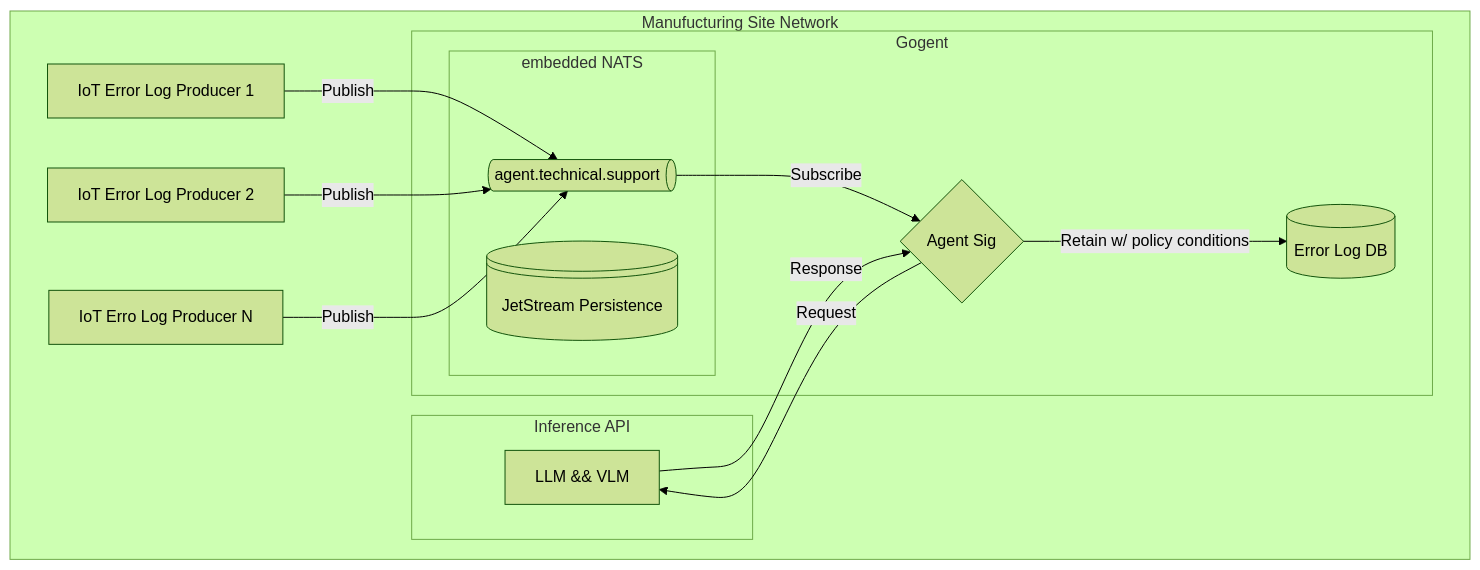
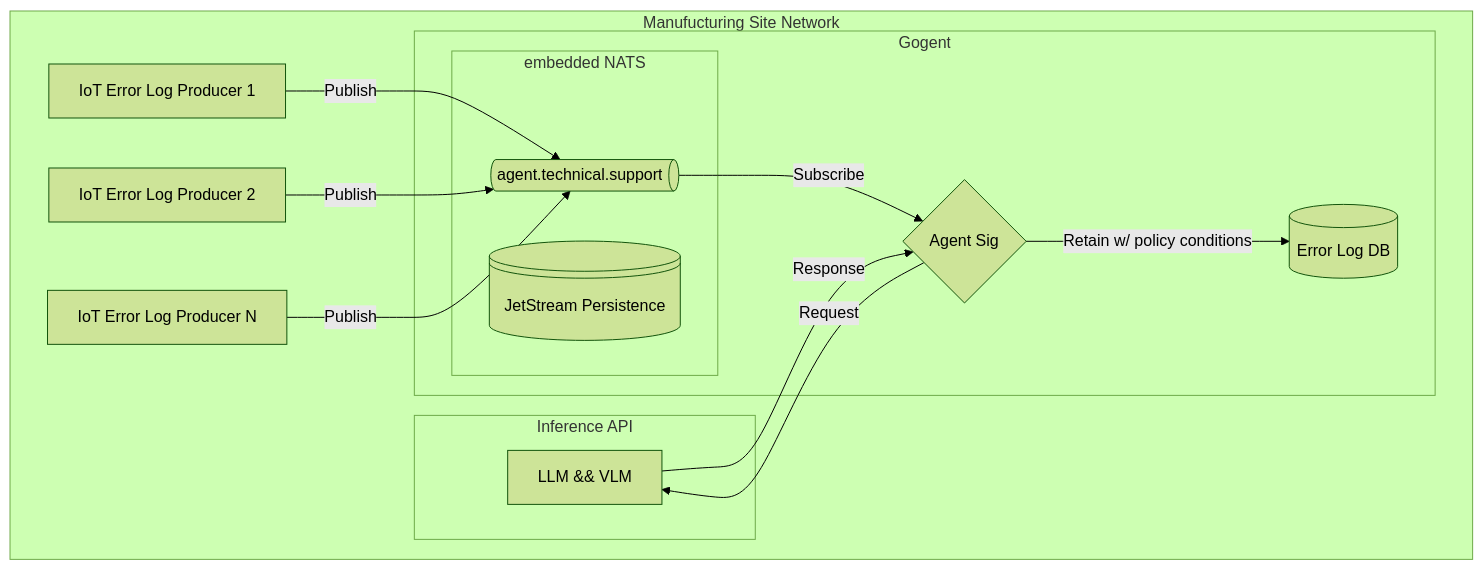
One commit to tobalo/gogent changed the diagram in README.md. Above: the diagram before and after it, drawn with Mermaid (forest theme).

Commit message:
design: add edge network box

````diff
--- a/README.md
+++ b/README.md
@@ -14,21 +14,21 @@
 ```mermaid
 flowchart
 subgraph Manufucturing Site Network
     S[IoT Error Log Producer 1] -->|Publish| Z
     T[IoT Error Log Producer 2] -->|Publish| Z
-    Y[IoT Erro Log Producer N] -->|Publish| Z
+    Y[IoT Error Log Producer N] -->|Publish| Z
     subgraph Gogent
         subgraph embedded NATS
             Z@{ shape: das, label: "agent.technical.support" }
             U@{ shape: lin-cyl, label: "JetStream Persistence" }
         end
         Z -->|Subscribe| A{Agent Sig}
         E[(Error Log DB)]
         A --> |Retain w/ policy conditions| E
     end
     subgraph Inference API
         A -->|Request| L[LLM && VLM]
         L -->|Response| A
     end
 end
 ```
````
